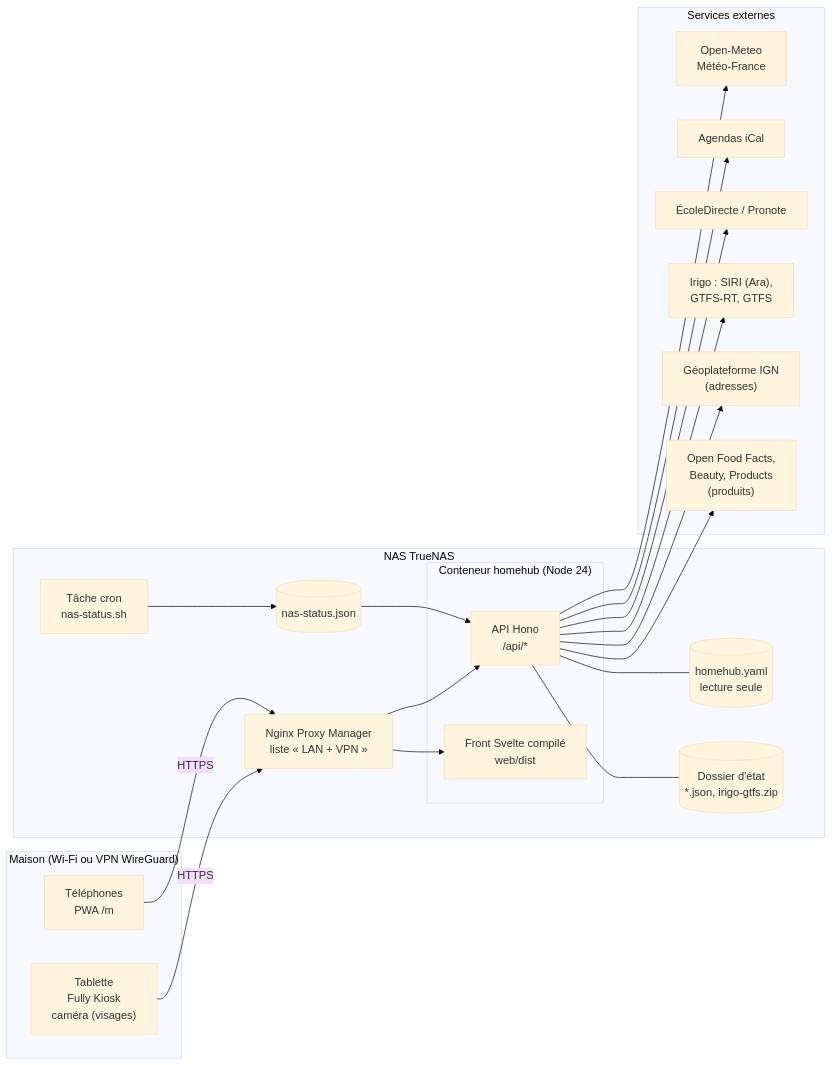
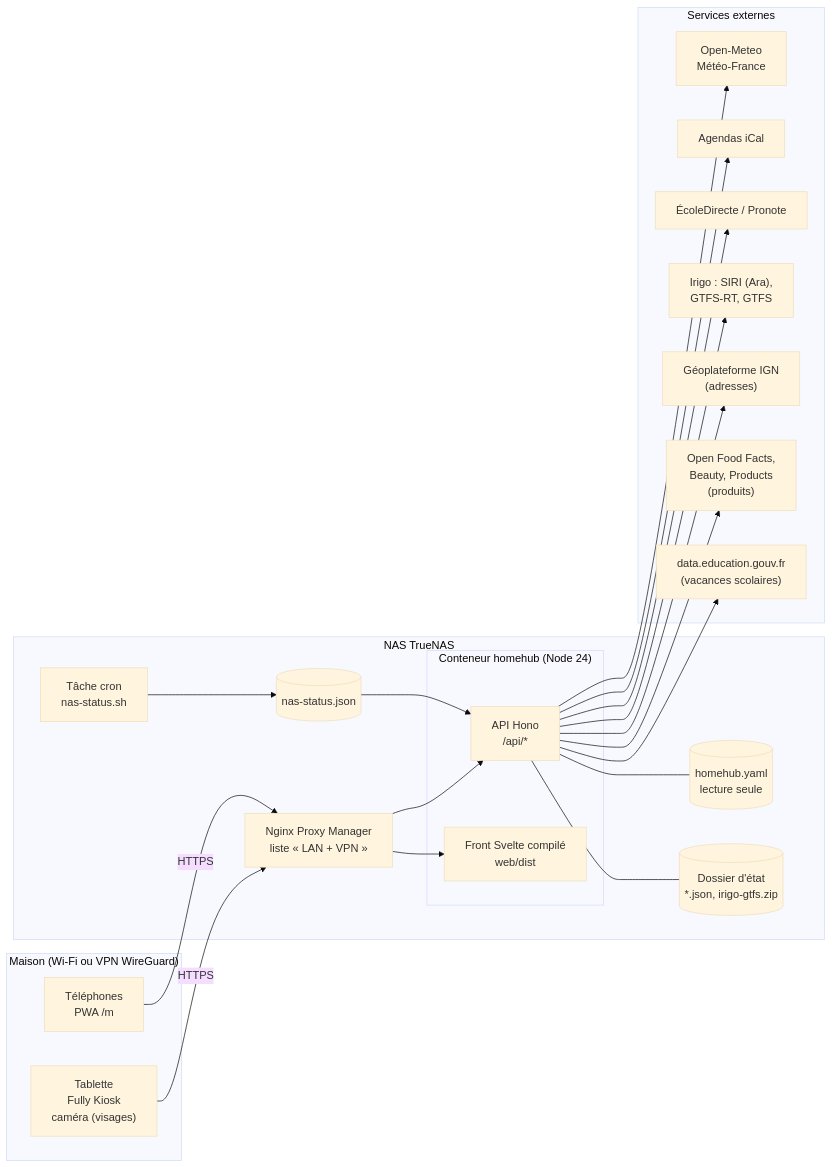
Before and after one commit to DeafLight/homehub: the first of 11 diagrams in docs/architecture.md, drawn with Mermaid (base theme). The commit also changed other lines of this file and 33 other files, not shown here.

````diff
--- a/docs/architecture.md
+++ b/docs/architecture.md
@@ -11,34 +11,35 @@
 ```mermaid
 flowchart LR
   subgraph maison["Maison (Wi-Fi ou VPN WireGuard)"]
     tablette["Tablette<br/>Fully Kiosk<br/>caméra (visages)"]
     tel["Téléphones<br/>PWA /m"]
   end
   subgraph nas["NAS TrueNAS"]
     npm["Nginx Proxy Manager<br/>liste « LAN + VPN »"]
     subgraph conteneur["Conteneur homehub (Node 24)"]
       api["API Hono<br/>/api/*"]
       front["Front Svelte compilé<br/>web/dist"]
     end
     yaml[("homehub.yaml<br/>lecture seule")]
     etat[("Dossier d'état<br/>*.json, irigo-gtfs.zip")]
     releve[("nas-status.json")]
     cron["Tâche cron<br/>nas-status.sh"]
   end
   subgraph ext["Services externes"]
     meteo["Open-Meteo<br/>Météo-France"]
     ical["Agendas iCal"]
     ecole["ÉcoleDirecte / Pronote"]
     irigo["Irigo : SIRI (Ara),<br/>GTFS-RT, GTFS"]
     ign["Géoplateforme IGN<br/>(adresses)"]
     off["Open Food Facts,<br/>Beauty, Products<br/>(produits)"]
+    edu["data.education.gouv.fr<br/>(vacances scolaires)"]
   end
   tablette -- HTTPS --> npm
   tel -- HTTPS --> npm
   npm --> api
   npm --> front
   api --- yaml
   api --- etat
   cron --> releve --> api
-  api --> meteo & ical & ecole & irigo & ign & off
+  api --> meteo & ical & ecole & irigo & ign & off & edu
 ```
````
